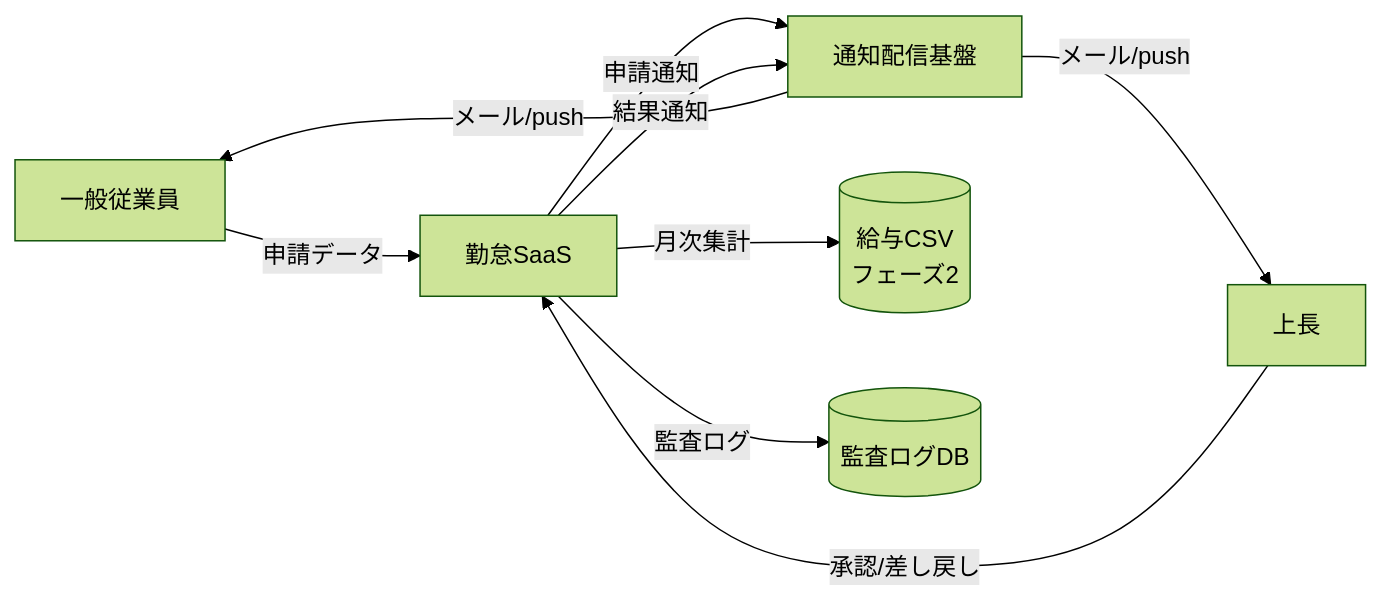
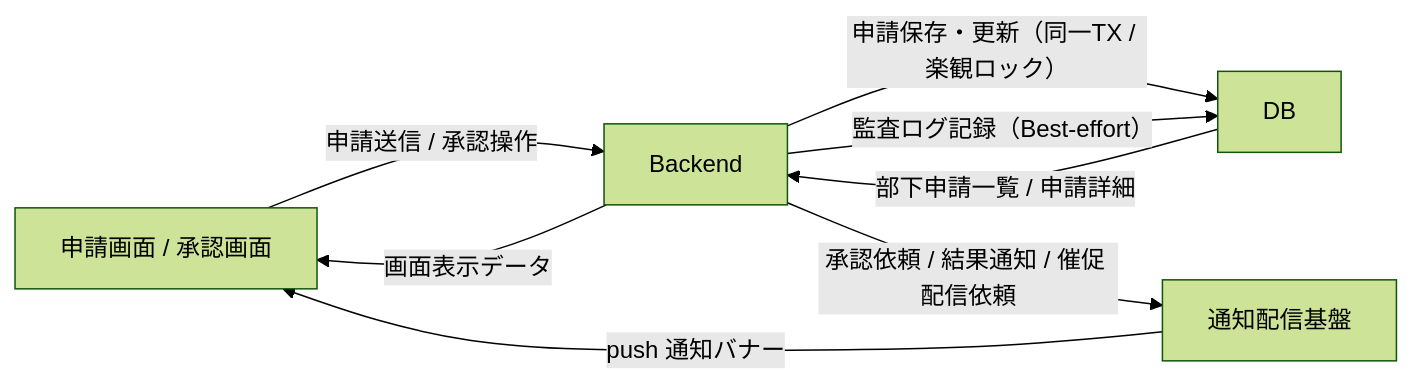
One commit to einja-inc/einja-management-template changed the third of 3 diagrams in docs/einja/example/specs/projects/sample-attendance-saas/function-specs/function-spec-sample-attendance-saas__flow__attendance_approval.md. Above: the diagram before and after it, drawn with Mermaid (forest theme). The commit also changed other lines of this file and 7 other files, not shown here.

````diff
--- a/docs/einja/example/specs/projects/sample-attendance-saas/function-specs/function-spec-sample-attendance-saas__flow__attendance_approval.md
+++ b/docs/einja/example/specs/projects/sample-attendance-saas/function-specs/function-spec-sample-attendance-saas__flow__attendance_approval.md
@@ -175,11 +375,10 @@
 ```mermaid
 flowchart LR
-    E[一般従業員] -->|申請データ| S[勤怠SaaS]
-    S -->|申請通知| N[通知配信基盤]
-    N -->|メール/push| M[上長]
-    M -->|承認/差し戻し| S
-    S -->|結果通知| N
-    N -->|メール/push| E
-    S -->|月次集計| P[(給与CSV<br/>フェーズ2)]
-    S -->|監査ログ| L[(監査ログDB)]
+    Browser[ 申請画面 / 承認画面 ] -->|申請送信 / 承認操作| Backend[ Backend ]
+    Backend -->|申請保存・更新（同一TX / 楽観ロック）| DB[ DB ]
+    DB -->|部下申請一覧 / 申請詳細| Backend
+    Backend -->|画面表示データ| Browser
+    Backend -->|監査ログ記録（Best-effort）| DB
+    Backend -->|承認依頼 / 結果通知 / 催促 配信依頼| Ext[ 通知配信基盤 ]
+    Ext -->|push 通知バナー| Browser
 ```
````
